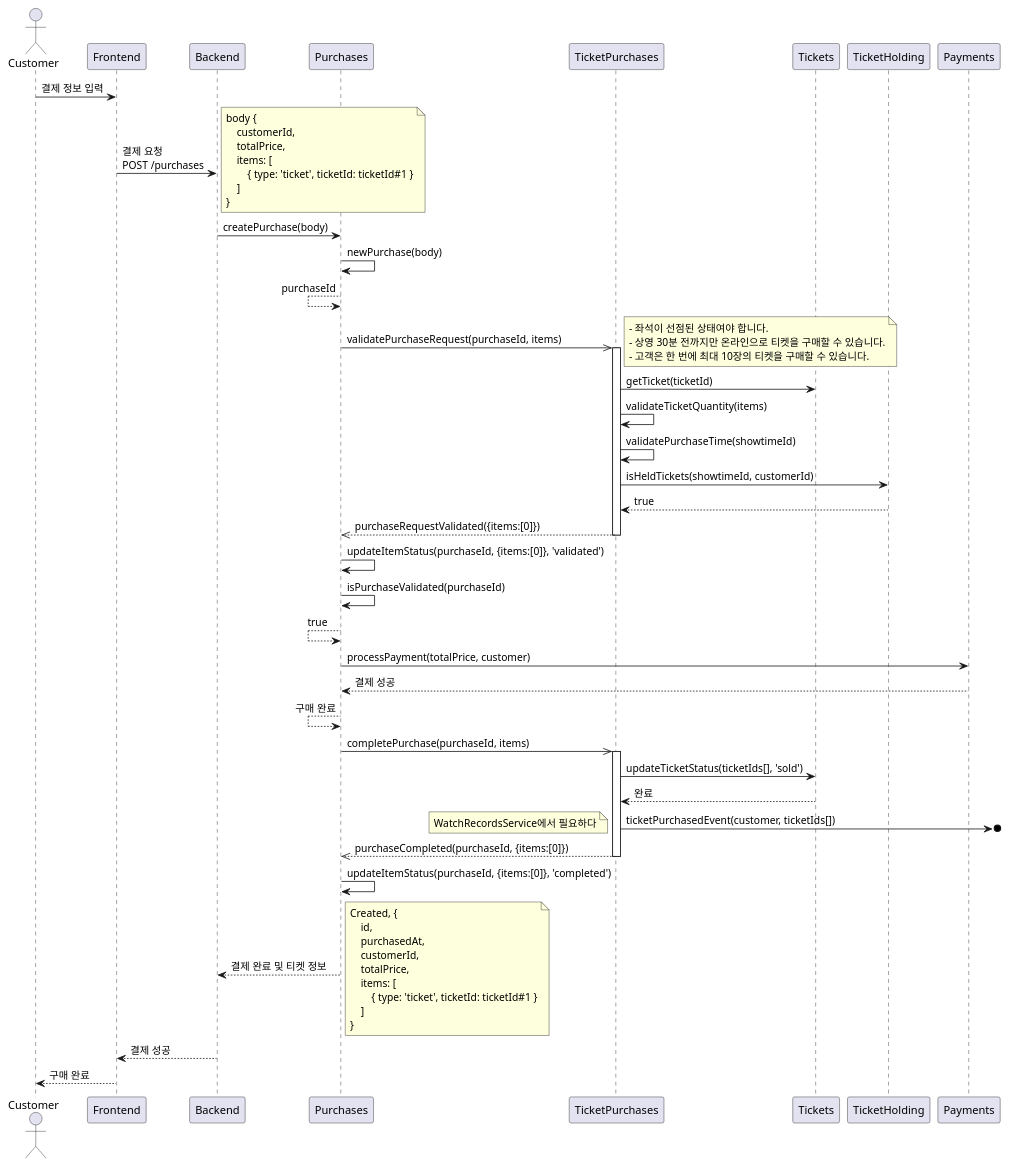
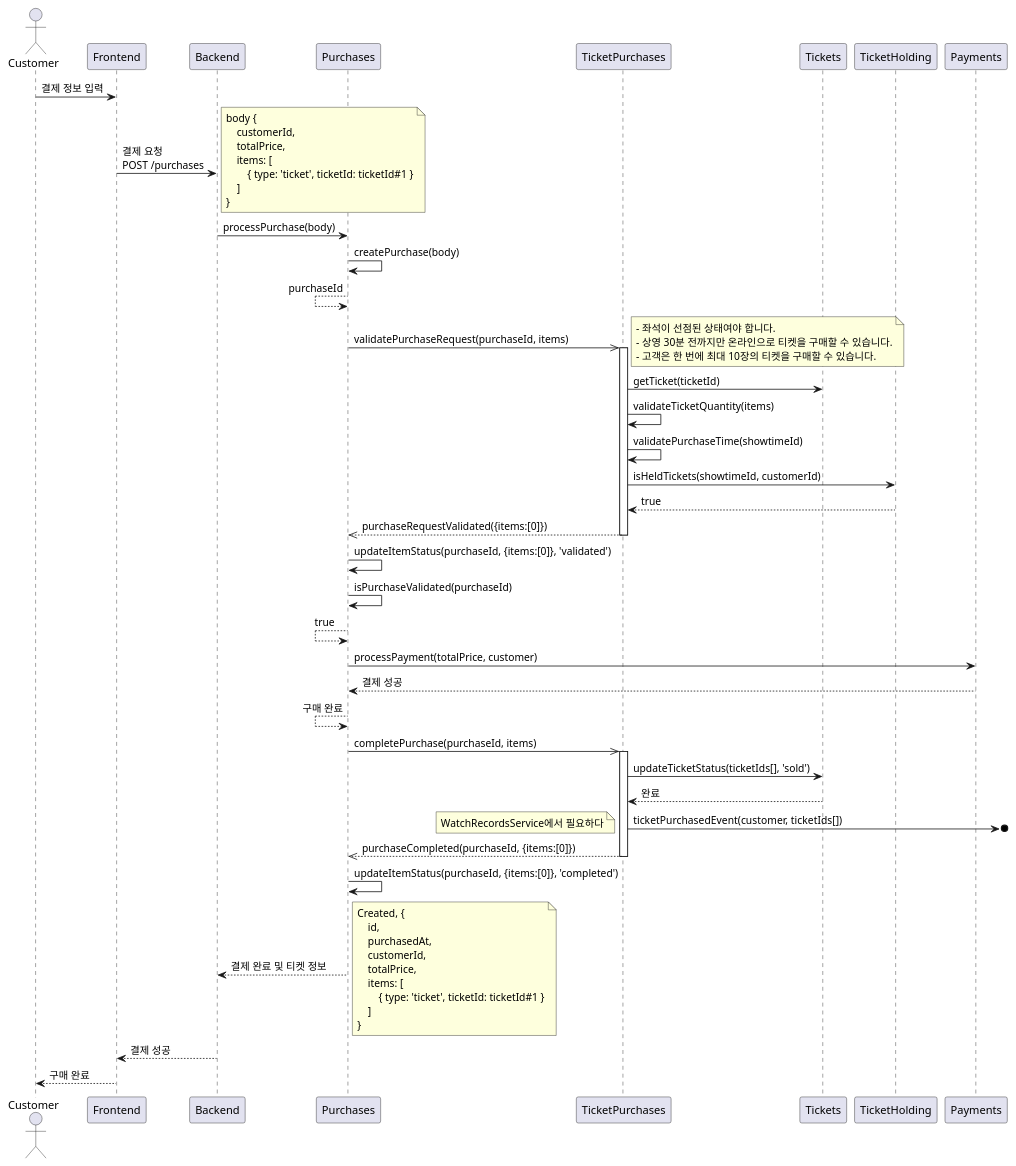
The third of 3 diagrams in docs/tickets-purchase.md (mannercode/nest-seed), drawn with PlantUML before and after one commit. The commit also changed 9 other files, not shown here.

````diff
--- a/docs/tickets-purchase.md
+++ b/docs/tickets-purchase.md
@@ -181,65 +181,65 @@
 ```plantuml
 @startuml
 actor Customer
 
 Customer -> Frontend: 결제 정보 입력
     Frontend -> Backend: 결제 요청\nPOST /purchases
     note right
         body {
             customerId,
             totalPrice,
             items: [
                 { type: 'ticket', ticketId: ticketId#1 }
             ]
         }
     end note
-        Backend -> Purchases: createPurchase(body)
-            Purchases -> Purchases: newPurchase(body)
+        Backend -> Purchases: processPurchase(body)
+            Purchases -> Purchases: createPurchase(body)
             Purchases <-- Purchases: purchaseId
             Purchases ->> TicketPurchases: validatePurchaseRequest(purchaseId, items)
             activate TicketPurchases
             note right
                 - 좌석이 선점된 상태여야 합니다.
                 - 상영 30분 전까지만 온라인으로 티켓을 구매할 수 있습니다.
                 - 고객은 한 번에 최대 10장의 티켓을 구매할 수 있습니다.
             end note
             TicketPurchases -> Tickets: getTicket(ticketId)
             TicketPurchases -> TicketPurchases: validateTicketQuantity(items)
             TicketPurchases -> TicketPurchases: validatePurchaseTime(showtimeId)
             TicketPurchases -> TicketHolding: isHeldTickets(showtimeId, customerId)
             TicketPurchases <-- TicketHolding: true
             Purchases <<-- TicketPurchases: purchaseRequestValidated({items:[0]})
             deactivate TicketPurchases
             Purchases -> Purchases: updateItemStatus(purchaseId, {items:[0]}, 'validated')
             Purchases -> Purchases: isPurchaseValidated(purchaseId)
             Purchases <-- Purchases: true
             Purchases -> Payments: processPayment(totalPrice, customer)
             Purchases <-- Payments: 결제 성공
             Purchases <-- Purchases: 구매 완료
             Purchases ->> TicketPurchases: completePurchase(purchaseId, items)
             activate TicketPurchases
                 TicketPurchases -> Tickets: updateTicketStatus(ticketIds[], 'sold')
                 TicketPurchases <-- Tickets: 완료
                 TicketPurchases ->o]: ticketPurchasedEvent(customer, ticketIds[])
                 note left
                     WatchRecordsService에서 필요하다
                 end note
             Purchases <<-- TicketPurchases: purchaseCompleted(purchaseId, {items:[0]})
             deactivate TicketPurchases
             Purchases -> Purchases: updateItemStatus(purchaseId, {items:[0]}, 'completed')
         Backend <-- Purchases: 결제 완료 및 티켓 정보
         note right
             Created, {
                 id,
                 purchasedAt,
                 customerId,
                 totalPrice,
                 items: [
                     { type: 'ticket', ticketId: ticketId#1 }
                 ]
             }
         end note
     Frontend <-- Backend: 결제 성공
 Customer <-- Frontend: 구매 완료
 @enduml
 ```
````
